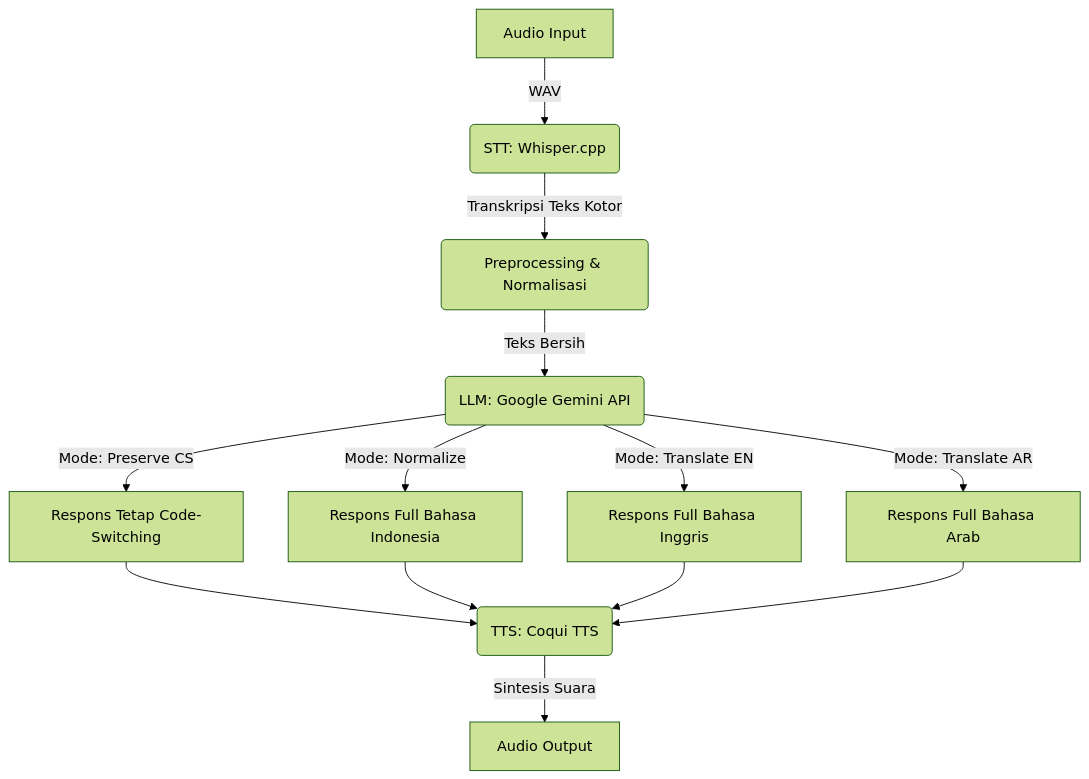
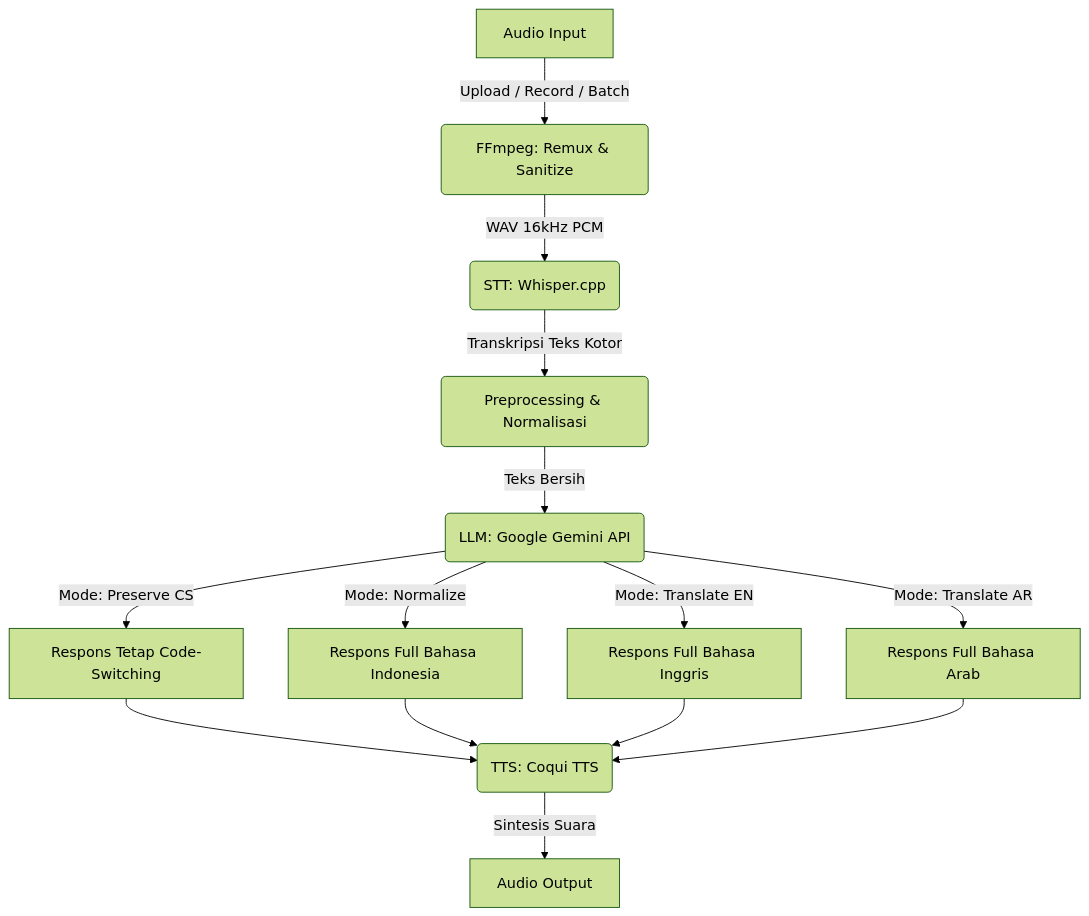
The diagram in README.md (M-Aidil-Fitrah/UAS-Prak-NLP-STS-System), drawn with Mermaid (forest theme) before and after one commit. The commit also changed other lines of this file, not shown here.

````diff
--- a/README.md
+++ b/README.md
@@ -13,18 +13,19 @@
 ```mermaid
 graph TD;
-    A[Audio Input] -->|WAV| B(STT: Whisper.cpp)
+    A[Audio Input] -->|Upload / Record / Batch| Z(FFmpeg: Remux & Sanitize)
+    Z -->|WAV 16kHz PCM| B(STT: Whisper.cpp)
     B -->|Transkripsi Teks Kotor| C(Preprocessing & Normalisasi)
     C -->|Teks Bersih| D(LLM: Google Gemini API)
     
     D -->|Mode: Preserve CS| E[Respons Tetap Code-Switching]
     D -->|Mode: Normalize| F[Respons Full Bahasa Indonesia]
     D -->|Mode: Translate EN| G[Respons Full Bahasa Inggris]
     D -->|Mode: Translate AR| H[Respons Full Bahasa Arab]
     
     E --> I(TTS: Coqui TTS)
     F --> I
     G --> I
     H --> I
     
     I -->|Sintesis Suara| J[Audio Output]
 ```
````
